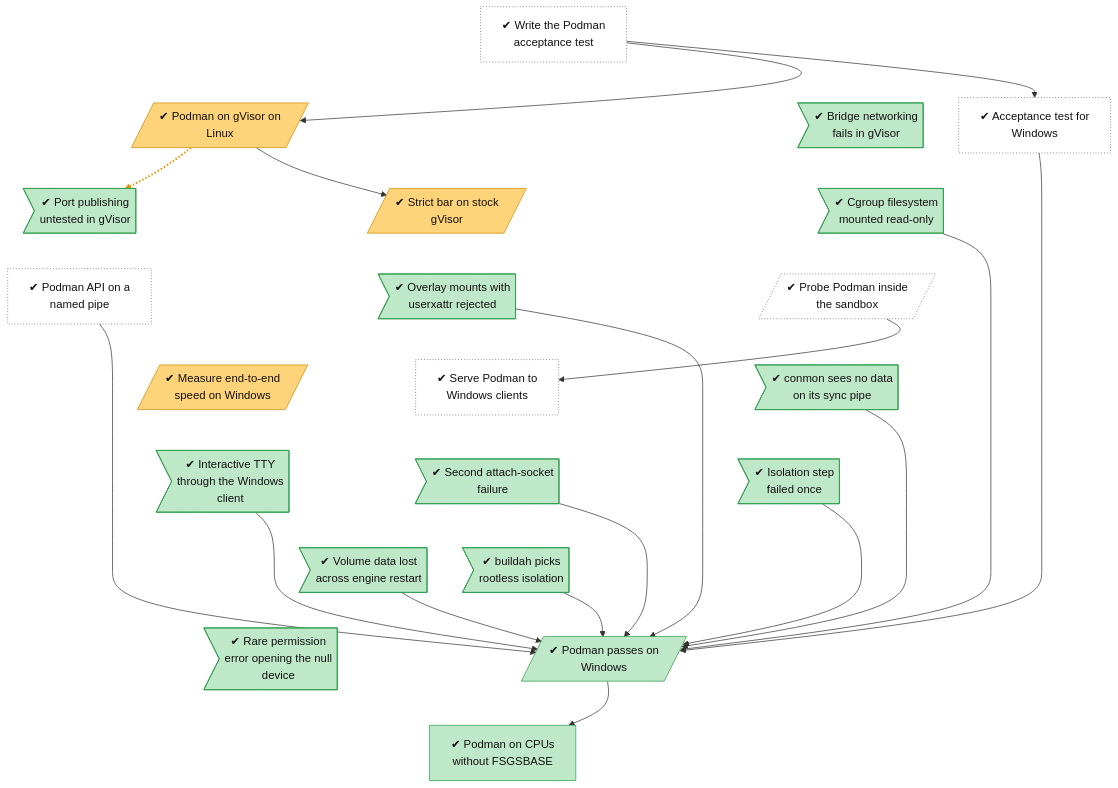
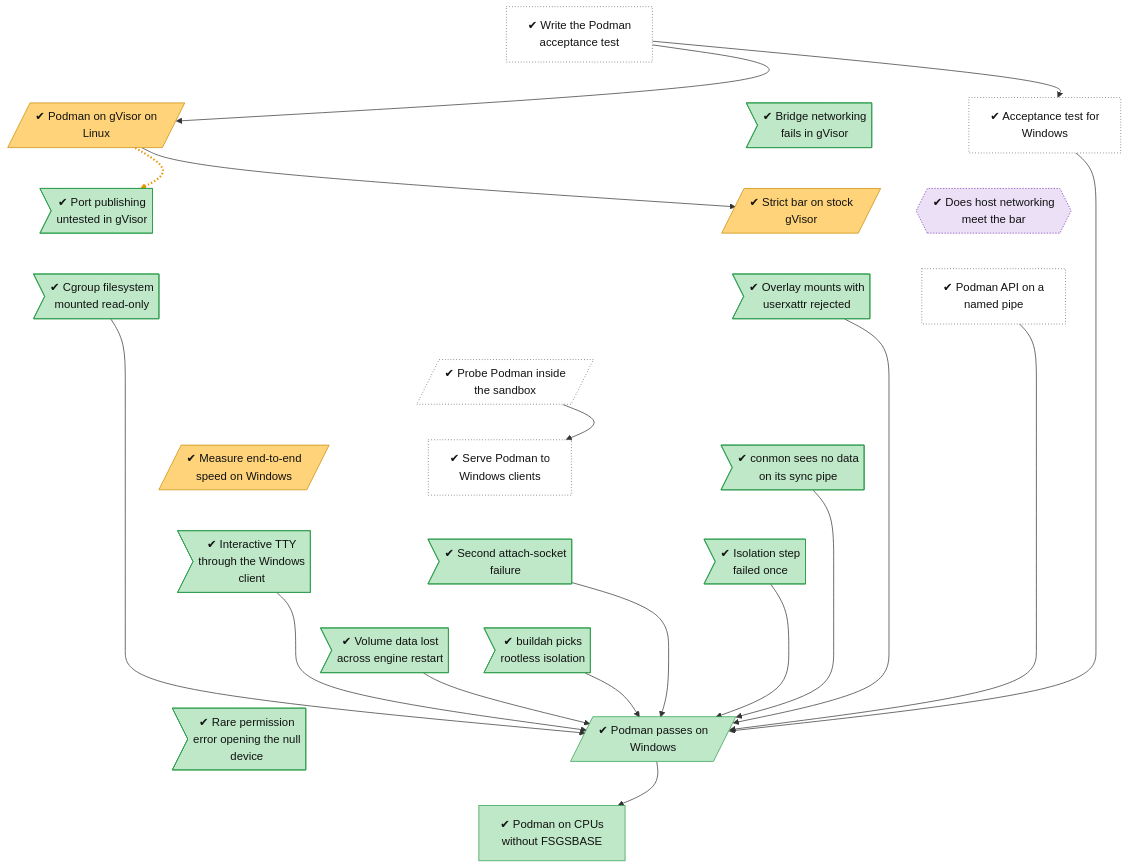
The diagram in docs/roadmap/tracks/workloads.md (lhns/gvisor-windows), drawn with Mermaid before and after one commit. The commit also changed 6 other files, not shown here.

````diff
--- a/docs/roadmap/tracks/workloads.md
+++ b/docs/roadmap/tracks/workloads.md
@@ -14,6 +14,7 @@
     workloads_acceptance_test_windows["✔ Acceptance test for<br/>Windows"]
     workloads_gvisor_bridge_netlink>"✔ Bridge networking<br/>fails in gVisor"]
     workloads_gvisor_port_publishing>"✔ Port publishing<br/>untested in gVisor"]
+    workloads_bar_host_network{{"✔ Does host networking<br/>meet the bar"}}
     workloads_strict_bar_linux[/"✔ Strict bar on stock<br/>gVisor"/]
     workloads_gvisor_cgroupfs_readonly>"✔ Cgroup filesystem<br/>mounted read-only"]
     workloads_podman_api_named_pipe["✔ Podman API on a<br/>named pipe"]
@@ -34,13 +35,16 @@
     workloads_acceptance_test ~~~ workloads_acceptance_test_windows
     workloads_acceptance_test ~~~ workloads_gvisor_bridge_netlink
     workloads_podman_on_gvisor_linux ~~~ workloads_gvisor_port_publishing
-    workloads_acceptance_test_windows ~~~ workloads_strict_bar_linux
-    workloads_gvisor_bridge_netlink ~~~ workloads_gvisor_cgroupfs_readonly
-    workloads_gvisor_port_publishing ~~~ workloads_podman_api_named_pipe
+    workloads_acceptance_test_windows ~~~ workloads_bar_host_network
+    workloads_gvisor_bridge_netlink ~~~ workloads_strict_bar_linux
+    workloads_gvisor_port_publishing ~~~ workloads_gvisor_cgroupfs_readonly
+    workloads_bar_host_network ~~~ workloads_podman_api_named_pipe
     workloads_strict_bar_linux ~~~ workloads_overlay_userxattr
     workloads_gvisor_cgroupfs_readonly ~~~ workloads_podman_probe
-    workloads_podman_api_named_pipe ~~~ workloads_podman_harness
-    workloads_overlay_userxattr ~~~ workloads_end_to_end_speed
+    workloads_podman_api_named_pipe ~~~ workloads_podman_probe
+    workloads_overlay_userxattr ~~~ workloads_podman_probe
+    workloads_podman_probe ~~~ workloads_podman_harness
+    workloads_podman_probe ~~~ workloads_end_to_end_speed
     workloads_podman_probe ~~~ workloads_conmon_sync_pipe
     workloads_podman_harness ~~~ workloads_conmon_attach_second_cause
     workloads_end_to_end_speed ~~~ workloads_tty_through_windows_client
@@ -68,7 +72,7 @@
     workloads_volume_lost_on_restart --> workloads_podman_on_windows
     workloads_buildah_thinks_rootless --> workloads_podman_on_windows
     workloads_podman_on_windows --> workloads_podman_without_fsgsbase
-    linkStyle 23 stroke:#e69500,stroke-width:3px,stroke-dasharray:2 3
+    linkStyle 26 stroke:#e69500,stroke-width:3px,stroke-dasharray:2 3
     classDef vsucc fill:#2e9e4f,stroke:#1b6b34,color:#fff
     classDef succ fill:#bfe8c8,stroke:#2e9e4f,color:#111
     classDef mixed fill:#ffd37a,stroke:#c98a00,color:#111
@@ -86,4 +90,5 @@
     class workloads_acceptance_test,workloads_acceptance_test_windows,workloads_podman_api_named_pipe,workloads_podman_probe,workloads_podman_harness unrated
     class workloads_podman_on_gvisor_linux,workloads_strict_bar_linux,workloads_end_to_end_speed mixed
     class workloads_gvisor_bridge_netlink,workloads_gvisor_port_publishing,workloads_gvisor_cgroupfs_readonly,workloads_overlay_userxattr,workloads_conmon_sync_pipe,workloads_conmon_attach_second_cause,workloads_tty_through_windows_client,workloads_isolation_flake,workloads_volume_lost_on_restart,workloads_buildah_thinks_rootless,workloads_podman_on_windows,workloads_dev_null_eacces,workloads_podman_without_fsgsbase succ
+    class workloads_bar_host_network decided
 ```
````
